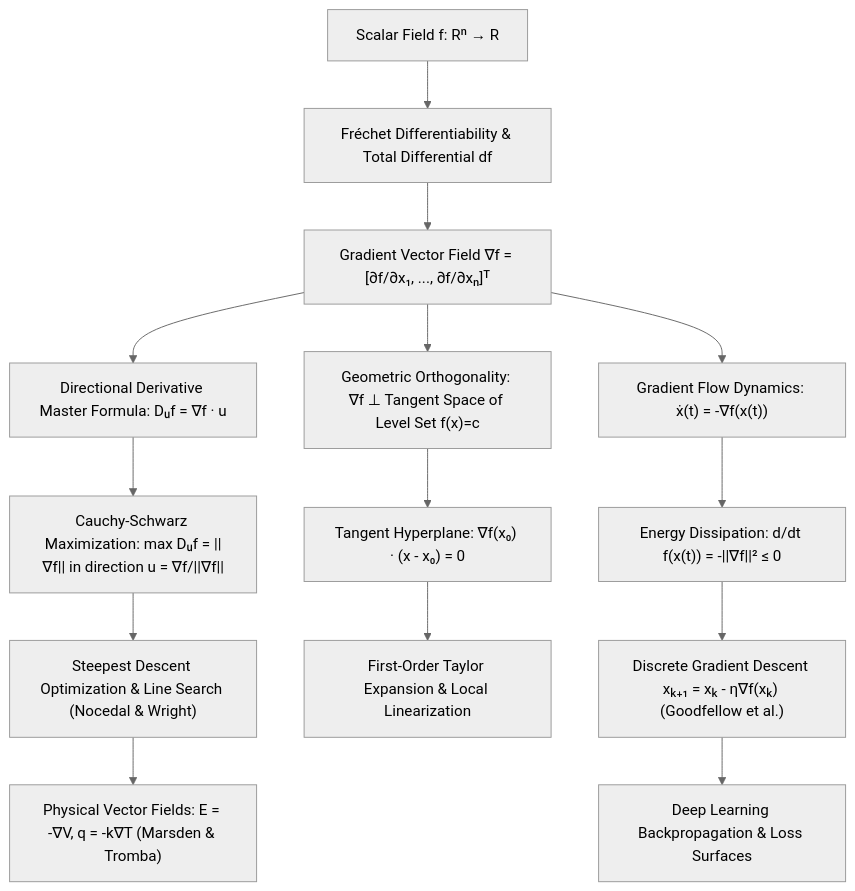
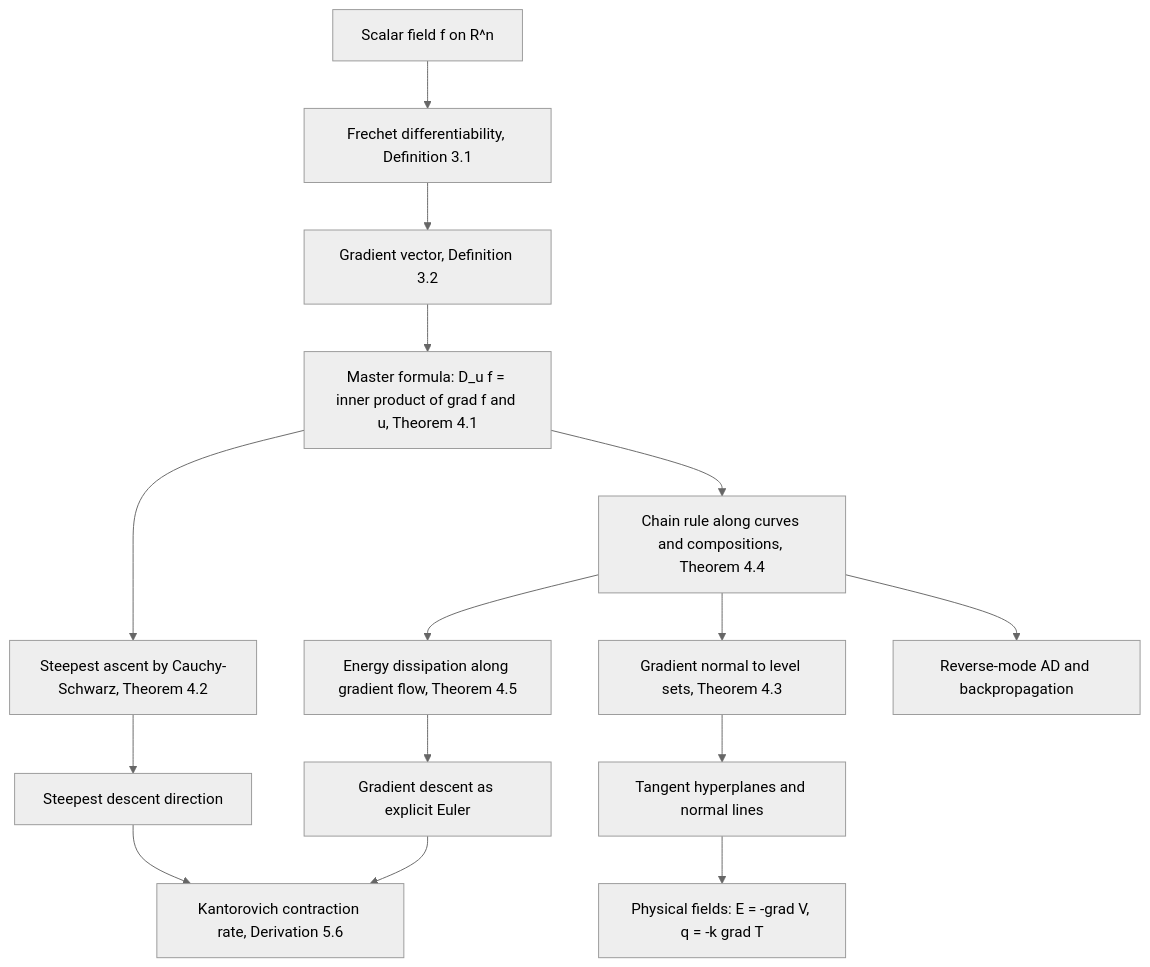
Before and after one commit to hien078/applied-mathematics-foundation: the diagram in calculus/11_gradients_directional_derivatives/README.md, drawn with Mermaid (neutral theme). The commit also changed other lines of this file and 25 other files, not shown here.

````diff
--- a/calculus/11_gradients_directional_derivatives/README.md
+++ b/calculus/11_gradients_directional_derivatives/README.md
@@ -49,18 +65,17 @@
 ```mermaid
 flowchart TD
-    A["Scalar Field f: Rⁿ → R"] --> B["Fréchet Differentiability & Total Differential df"]
-    B --> C["Gradient Vector Field ∇f = [∂f/∂x₁, ..., ∂f/∂xₙ]ᵀ"]
-    C --> D["Directional Derivative Master Formula: Dᵤf = ∇f · u"]
-    C --> E["Geometric Orthogonality: ∇f ⊥ Tangent Space of Level Set f(x)=c"]
-    C --> F["Gradient Flow Dynamics: ẋ(t) = -∇f(x(t))"]
-    D --> G["Cauchy-Schwarz Maximization: max Dᵤf = ||∇f|| in direction u = ∇f/||∇f||"]
-    E --> H["Tangent Hyperplane: ∇f(x₀) · (x - x₀) = 0"]
-    F --> I["Energy Dissipation: d/dt f(x(t)) = -||∇f||² ≤ 0"]
-
-    G --> J["Steepest Descent Optimization & Line Search (Nocedal & Wright)"]
-    H --> K["First-Order Taylor Expansion & Local Linearization"]
-    I --> L["Discrete Gradient Descent xₖ₊₁ = xₖ - η∇f(xₖ) (Goodfellow et al.)"]
-
-    J --> M["Physical Vector Fields: E = -∇V, q = -k∇T (Marsden & Tromba)"]
-    L --> N["Deep Learning Backpropagation & Loss Surfaces"]
+    A["Scalar field f on R^n"] --> B["Frechet differentiability, Definition 3.1"]
+    B --> C["Gradient vector, Definition 3.2"]
+    C --> D["Master formula: D_u f = inner product of grad f and u, Theorem 4.1"]
+    D --> E["Steepest ascent by Cauchy-Schwarz, Theorem 4.2"]
+    D --> F["Chain rule along curves and compositions, Theorem 4.4"]
+    F --> G["Gradient normal to level sets, Theorem 4.3"]
+    F --> H["Energy dissipation along gradient flow, Theorem 4.5"]
+    G --> I["Tangent hyperplanes and normal lines"]
+    E --> J["Steepest descent direction"]
+    H --> K["Gradient descent as explicit Euler"]
+    J --> L["Kantorovich contraction rate, Derivation 5.6"]
+    K --> L
+    F --> M["Reverse-mode AD and backpropagation"]
+    I --> N["Physical fields: E = -grad V, q = -k grad T"]
 ```
````
